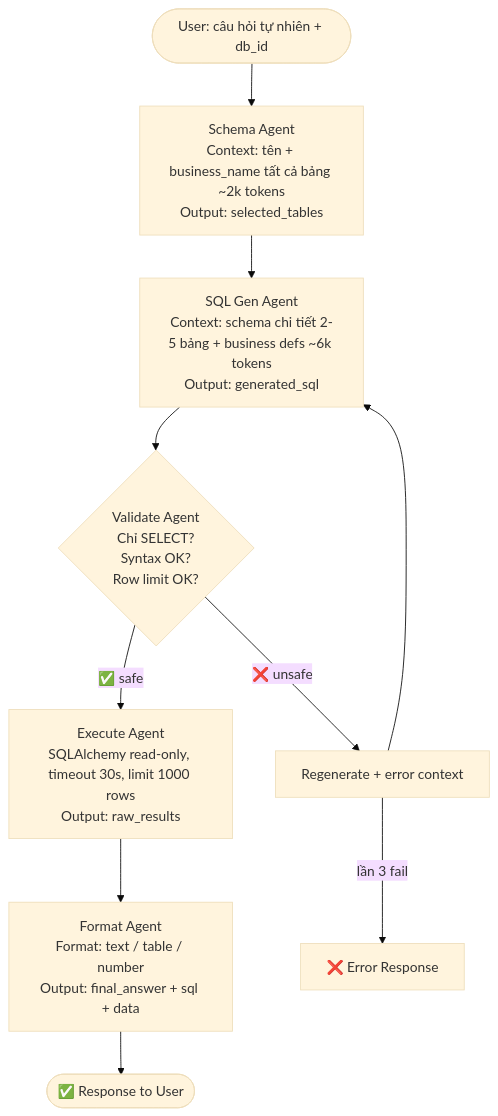
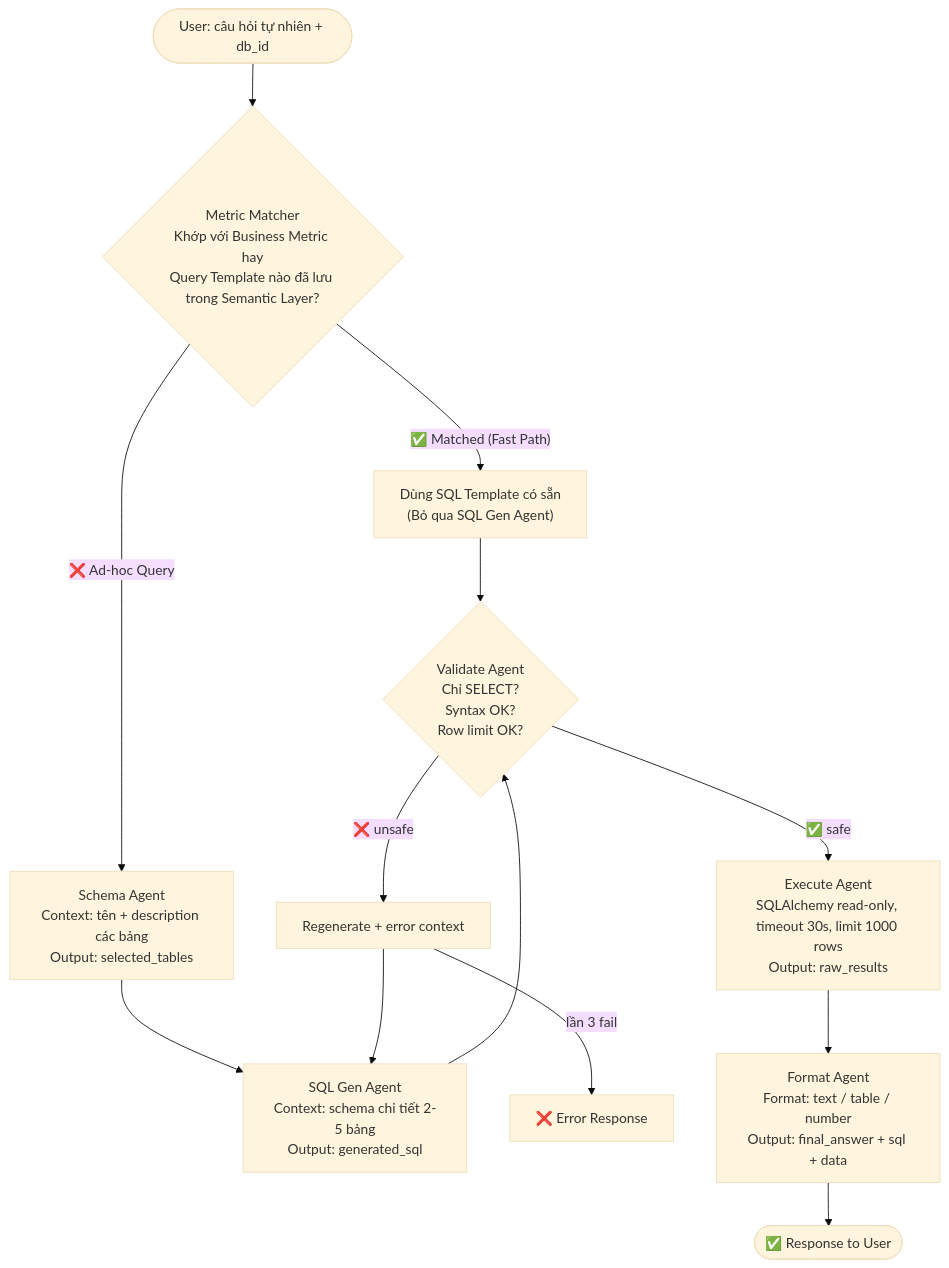
Before and after one commit to QuanAnh280605/P-069: the third of 3 diagrams in ARCHITECTURE.md, drawn with Mermaid (base theme). The commit also changed other lines of this file and 3 other files, not shown here.

````diff
--- a/ARCHITECTURE.md
+++ b/ARCHITECTURE.md
@@ -84,24 +84,27 @@
 ```mermaid
 flowchart TD
-    START(["User: câu hỏi tự nhiên + db_id"]) --> SA
+    START(["User: câu hỏi tự nhiên + db_id"]) --> MATCH
 
-    SA["Schema Agent\nContext: tên + business_name tất cả bảng ~2k tokens\nOutput: selected_tables"]
-    SA --> SQLA
+    MATCH{"Metric Matcher\nKhớp với Business Metric hay\nQuery Template nào đã lưu trong Semantic Layer?"}
 
-    SQLA["SQL Gen Agent\nContext: schema chi tiết 2-5 bảng + business defs ~6k tokens\nOutput: generated_sql"]
+    MATCH -->|"✅ Matched (Fast Path)"| TEMPLATE["Dùng SQL Template có sẵn\n(Bỏ qua SQL Gen Agent)" ]
+    MATCH -->|"❌ Ad-hoc Query"| SA["Schema Agent\nContext: tên + description các bảng\nOutput: selected_tables"]
+
+    TEMPLATE --> VA
+    SA --> SQLA["SQL Gen Agent\nContext: schema chi tiết 2-5 bảng\nOutput: generated_sql"]
     SQLA --> VA
 
     VA{"Validate Agent\nChỉ SELECT?\nSyntax OK?\nRow limit OK?"}
     VA -->|✅ safe| EA
     VA -->|❌ unsafe| RETRY
 
     RETRY["Regenerate + error context"]
     RETRY --> SQLA
     RETRY -->|"lần 3 fail"| ERR["❌ Error Response"]
 
     EA["Execute Agent\nSQLAlchemy read-only, timeout 30s, limit 1000 rows\nOutput: raw_results"]
     EA --> FA
 
     FA["Format Agent\nFormat: text / table / number\nOutput: final_answer + sql + data"]
     FA --> END(["✅ Response to User"])
 ```
````
